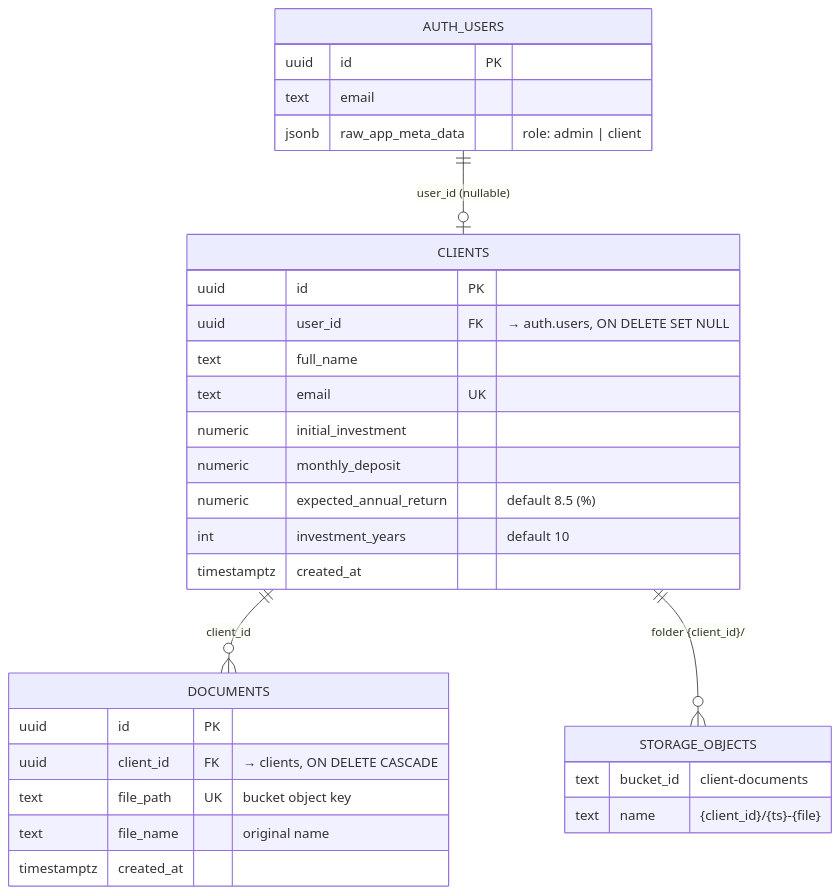
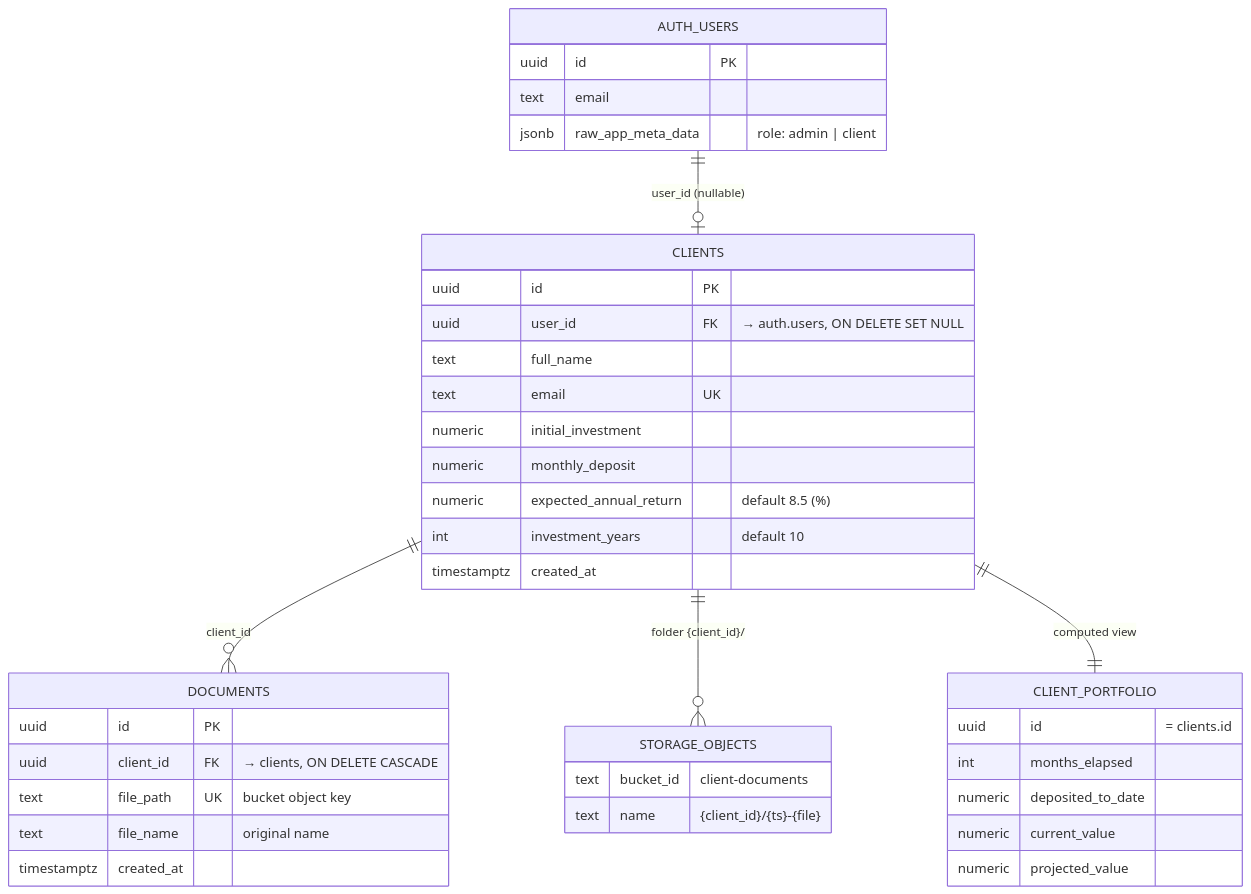
The diagram in docs/Database-Schema.md (AmitEliaQ/investment-crm-demo), drawn with Mermaid before and after one commit. The commit also changed other lines of this file and 3 other files, not shown here.

First line of the commit message:
Add client_portfolio and portfolio_summary views

````diff
--- a/docs/Database-Schema.md
+++ b/docs/Database-Schema.md
@@ -19,34 +20,42 @@
 ```mermaid
 erDiagram
   AUTH_USERS ||--o| CLIENTS : "user_id (nullable)"
   CLIENTS ||--o{ DOCUMENTS : "client_id"
   CLIENTS ||--o{ STORAGE_OBJECTS : "folder {client_id}/"
+  CLIENTS ||--|| CLIENT_PORTFOLIO : "computed view"
 
   AUTH_USERS {
     uuid id PK
     text email
     jsonb raw_app_meta_data "role: admin | client"
   }
   CLIENTS {
     uuid id PK
     uuid user_id FK "→ auth.users, ON DELETE SET NULL"
     text full_name
     text email UK
     numeric initial_investment
     numeric monthly_deposit
     numeric expected_annual_return "default 8.5 (%)"
     int investment_years "default 10"
     timestamptz created_at
   }
   DOCUMENTS {
     uuid id PK
     uuid client_id FK "→ clients, ON DELETE CASCADE"
     text file_path UK "bucket object key"
     text file_name "original name"
     timestamptz created_at
   }
+  CLIENT_PORTFOLIO {
+    uuid id "= clients.id"
+    int months_elapsed
+    numeric deposited_to_date
+    numeric current_value
+    numeric projected_value
+  }
   STORAGE_OBJECTS {
     text bucket_id "client-documents"
     text name "{client_id}/{ts}-{file}"
   }
 ```
````
